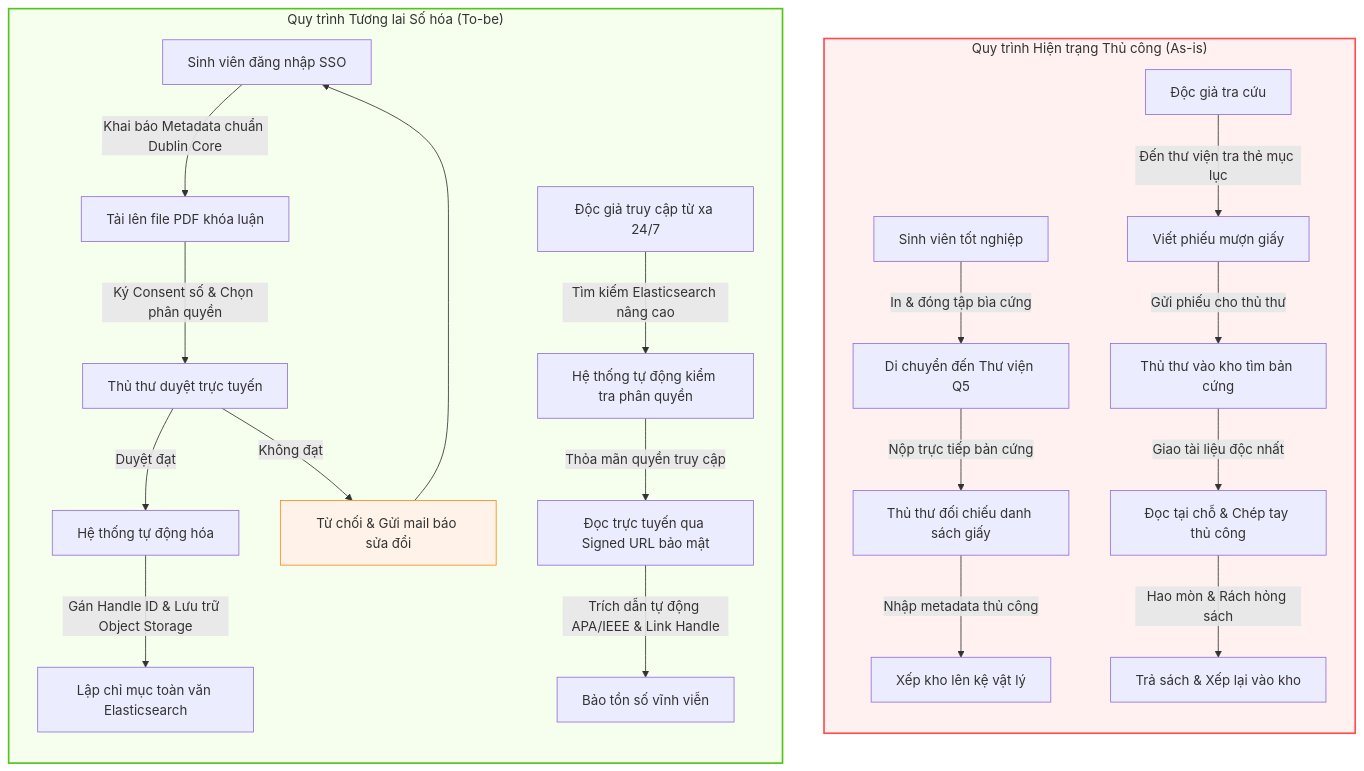
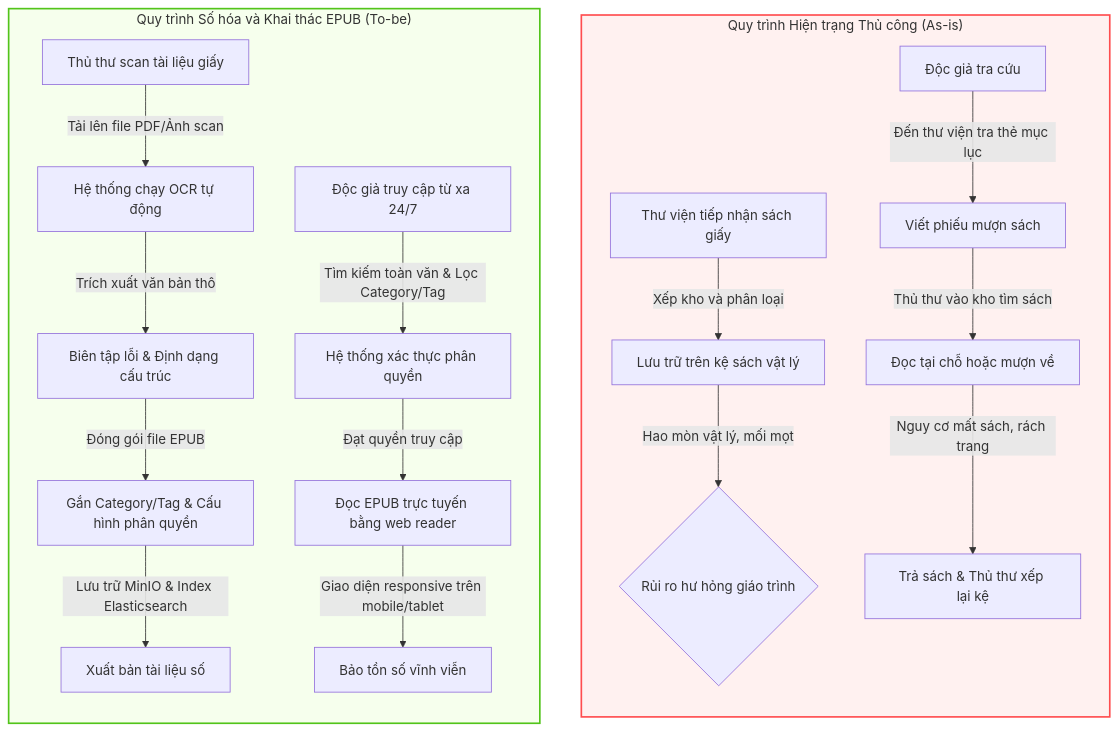
Before and after one commit to se-bros/hcmus-projectmanage--lab: the diagram in docs/images/as_is_to_be_workflow.mmd, drawn with Mermaid. The commit also changed other lines of this file and 44 other files, not shown here.

Commit message:
feat: initialize project documentation and agent reference files with accompanying diagrams and PDF exports

```diff
--- a/docs/images/as_is_to_be_workflow.mmd
+++ b/docs/images/as_is_to_be_workflow.mmd
@@ -1,31 +1,25 @@
 graph TD
     subgraph As-is ["Quy trình Hiện trạng Thủ công (As-is)"]
         direction TB
-        A1[Sinh viên tốt nghiệp] -->|In & đóng tập bìa cứng| A2[Di chuyển đến Thư viện Q5]
-        A2 -->|Nộp trực tiếp bản cứng| A3[Thủ thư đối chiếu danh sách giấy]
-        A3 -->|Nhập metadata thủ công| A4[Xếp kho lên kệ vật lý]
+        A1[Thư viện tiếp nhận sách giấy] -->|Xếp kho và phân loại| A2[Lưu trữ trên kệ sách vật lý]
+        A2 -->|Hao mòn vật lý, mối mọt| A3{Rủi ro hư hỏng giáo trình}
         
-        A5[Độc giả tra cứu] -->|Đến thư viện tra thẻ mục lục| A6[Viết phiếu mượn giấy]
-        A6 -->|Gửi phiếu cho thủ thư| A7[Thủ thư vào kho tìm bản cứng]
-        A7 -->|Giao tài liệu độc nhất| A8[Đọc tại chỗ & Chép tay thủ công]
-        A8 -->|Hao mòn & Rách hỏng sách| A9[Trả sách & Xếp lại vào kho]
+        A4[Độc giả tra cứu] -->|Đến thư viện tra thẻ mục lục| A5[Viết phiếu mượn sách]
+        A5 -->|Thủ thư vào kho tìm sách| A6[Đọc tại chỗ hoặc mượn về]
+        A6 -->|Nguy cơ mất sách, rách trang| A7[Trả sách & Thủ thư xếp lại kệ]
     end
 
-    subgraph To-be ["Quy trình Tương lai Số hóa (To-be)"]
+    subgraph To-be ["Quy trình Số hóa và Khai thác EPUB (To-be)"]
         direction TB
-        B1[Sinh viên đăng nhập SSO] -->|Khai báo Metadata chuẩn Dublin Core| B2[Tải lên file PDF khóa luận]
-        B2 -->|Ký Consent số & Chọn phân quyền| B3[Thủ thư duyệt trực tuyến]
+        B1[Thủ thư scan tài liệu giấy] -->|Tải lên file PDF/Ảnh scan| B2[Hệ thống chạy OCR tự động]
+        B2 -->|Trích xuất văn bản thô| B3[Biên tập lỗi & Định dạng cấu trúc]
+        B3 -->|Đóng gói file EPUB| B4[Gắn Category/Tag & Cấu hình phân quyền]
+        B4 -->|Lưu trữ MinIO & Index Elasticsearch| B5[Xuất bản tài liệu số]
         
-        B3 -->|Duyệt đạt| B4[Hệ thống tự động hóa]
-        B4 -->|Gán Handle ID & Lưu trữ Object Storage| B5[Lập chỉ mục toàn văn Elasticsearch]
-        
-        B3 -->|Không đạt| B3_Err[Từ chối & Gửi mail báo sửa đổi] --> B1
-        
-        B6[Độc giả truy cập từ xa 24/7] -->|Tìm kiếm Elasticsearch nâng cao| B7[Hệ thống tự động kiểm tra phân quyền]
-        B7 -->|Thỏa mãn quyền truy cập| B8[Đọc trực tuyến qua Signed URL bảo mật]
-        B8 -->|Trích dẫn tự động APA/IEEE & Link Handle| B9[Bảo tồn số vĩnh viễn]
+        B6[Độc giả truy cập từ xa 24/7] -->|Tìm kiếm toàn văn & Lọc Category/Tag| B7[Hệ thống xác thực phân quyền]
+        B7 -->|Đạt quyền truy cập| B8[Đọc EPUB trực tuyến bằng web reader]
+        B8 -->|Giao diện responsive trên mobile/tablet| B9[Bảo tồn số vĩnh viễn]
     end
 
     style As-is fill:#fff1f0,stroke:#ff4d4f,stroke-width:2px;
     style To-be fill:#f6ffed,stroke:#52c41a,stroke-width:2px;
-    style B3_Err fill:#fff2e8,stroke:#fa8c16,stroke-width:1px;
```
